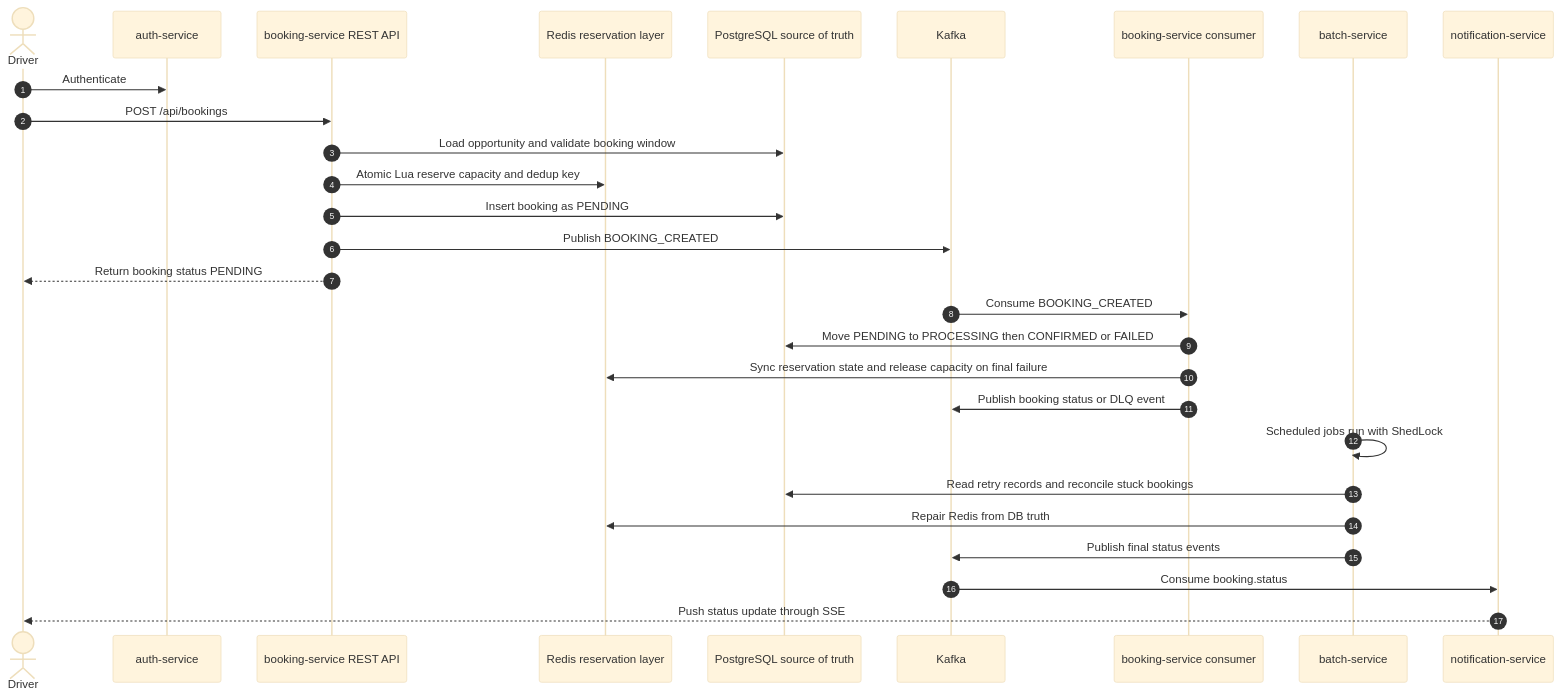
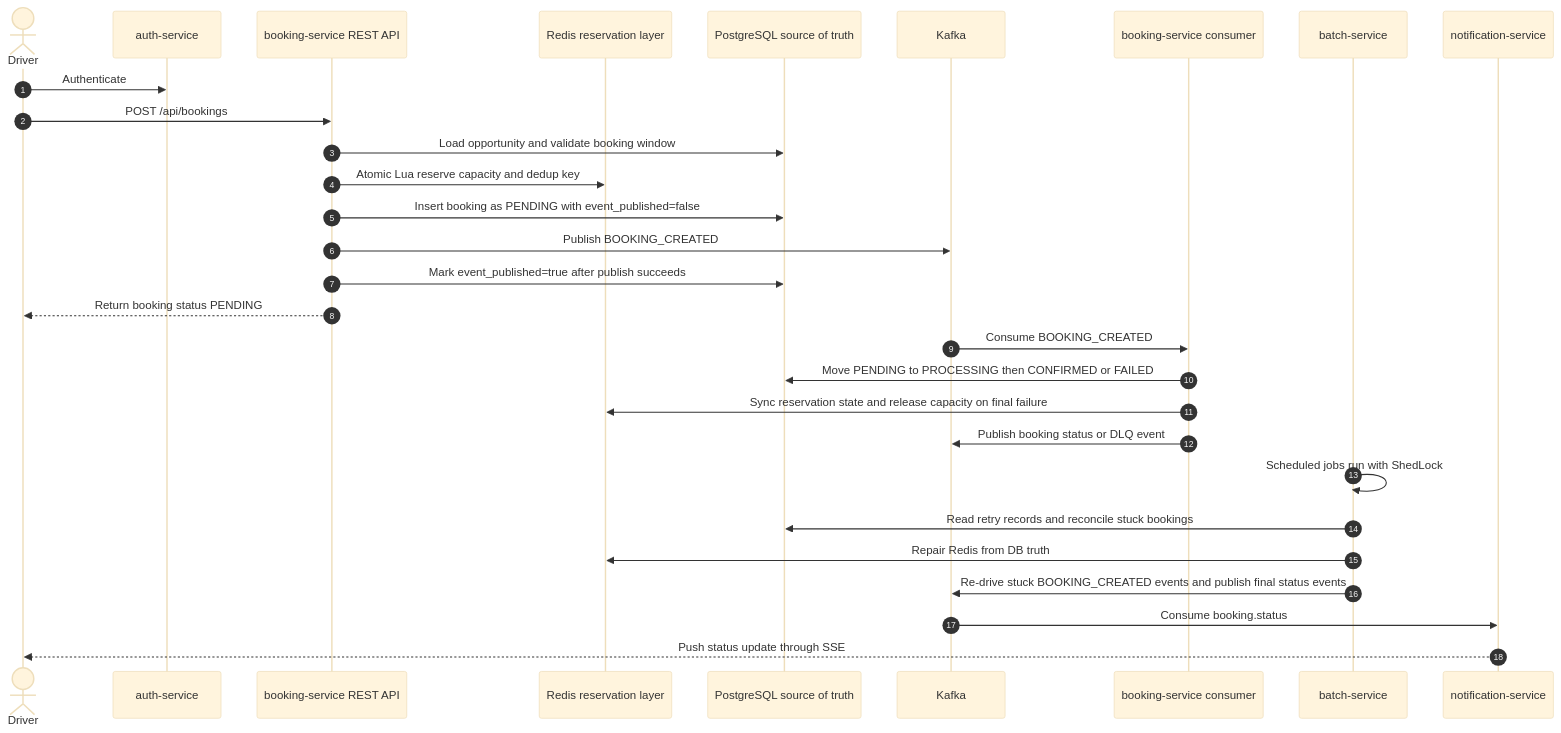
The first of 5 diagrams in README.md (TienHa2504/delivery-booking-system), drawn with Mermaid (base theme) before and after one commit. The commit also changed other lines of this file and 14 other files, not shown here.

````diff
--- a/README.md
+++ b/README.md
@@ -56,34 +57,35 @@
 ```mermaid
 sequenceDiagram
     autonumber
     actor Driver
     participant Auth as auth-service
     participant BookingApi as booking-service REST API
     participant Redis as Redis reservation layer
     participant DB as PostgreSQL source of truth
     participant Kafka as Kafka
     participant BookingWorker as booking-service consumer
     participant Batch as batch-service
     participant Notification as notification-service
 
     Driver->>Auth: Authenticate
     Driver->>BookingApi: POST /api/bookings
     BookingApi->>DB: Load opportunity and validate booking window
     BookingApi->>Redis: Atomic Lua reserve capacity and dedup key
-    BookingApi->>DB: Insert booking as PENDING
+    BookingApi->>DB: Insert booking as PENDING with event_published=false
     BookingApi->>Kafka: Publish BOOKING_CREATED
+    BookingApi->>DB: Mark event_published=true after publish succeeds
     BookingApi-->>Driver: Return booking status PENDING
 
     Kafka->>BookingWorker: Consume BOOKING_CREATED
     BookingWorker->>DB: Move PENDING to PROCESSING then CONFIRMED or FAILED
     BookingWorker->>Redis: Sync reservation state and release capacity on final failure
     BookingWorker->>Kafka: Publish booking status or DLQ event
 
     Batch->>Batch: Scheduled jobs run with ShedLock
     Batch->>DB: Read retry records and reconcile stuck bookings
     Batch->>Redis: Repair Redis from DB truth
-    Batch->>Kafka: Publish final status events
+    Batch->>Kafka: Re-drive stuck BOOKING_CREATED events and publish final status events
 
     Kafka->>Notification: Consume booking.status
     Notification-->>Driver: Push status update through SSE
 ```
````
